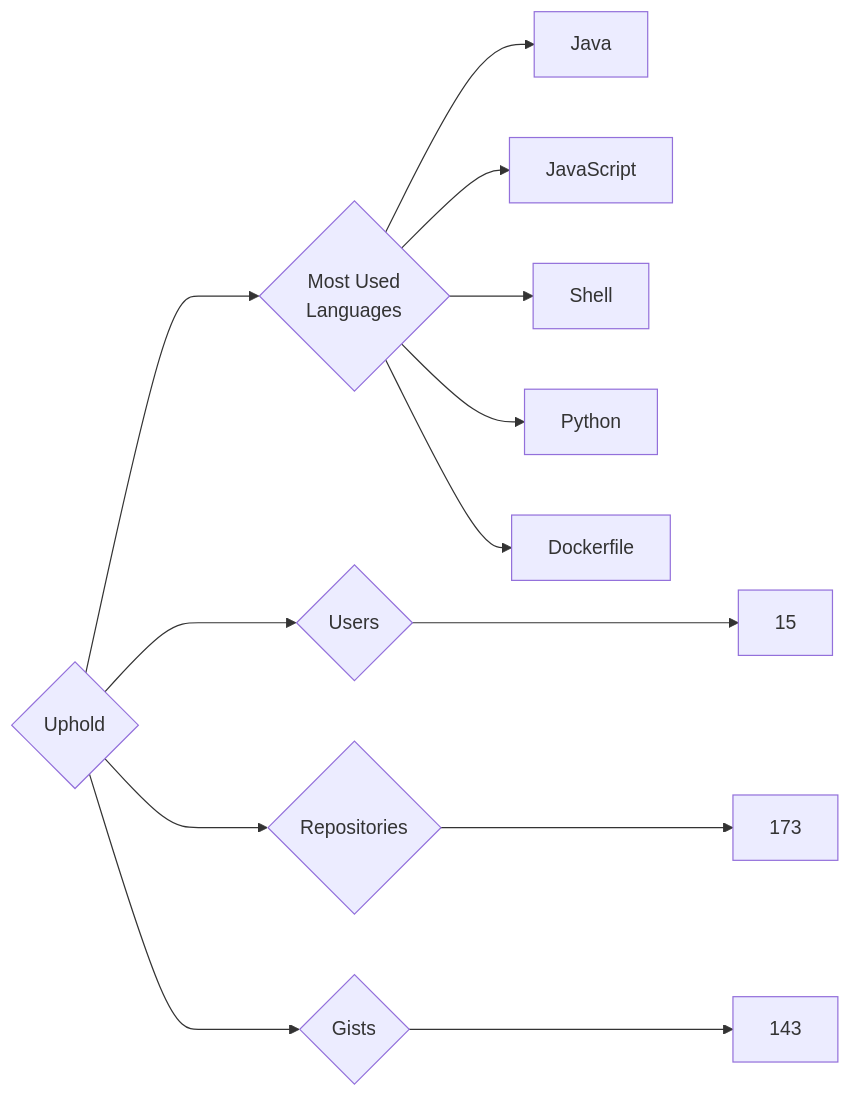
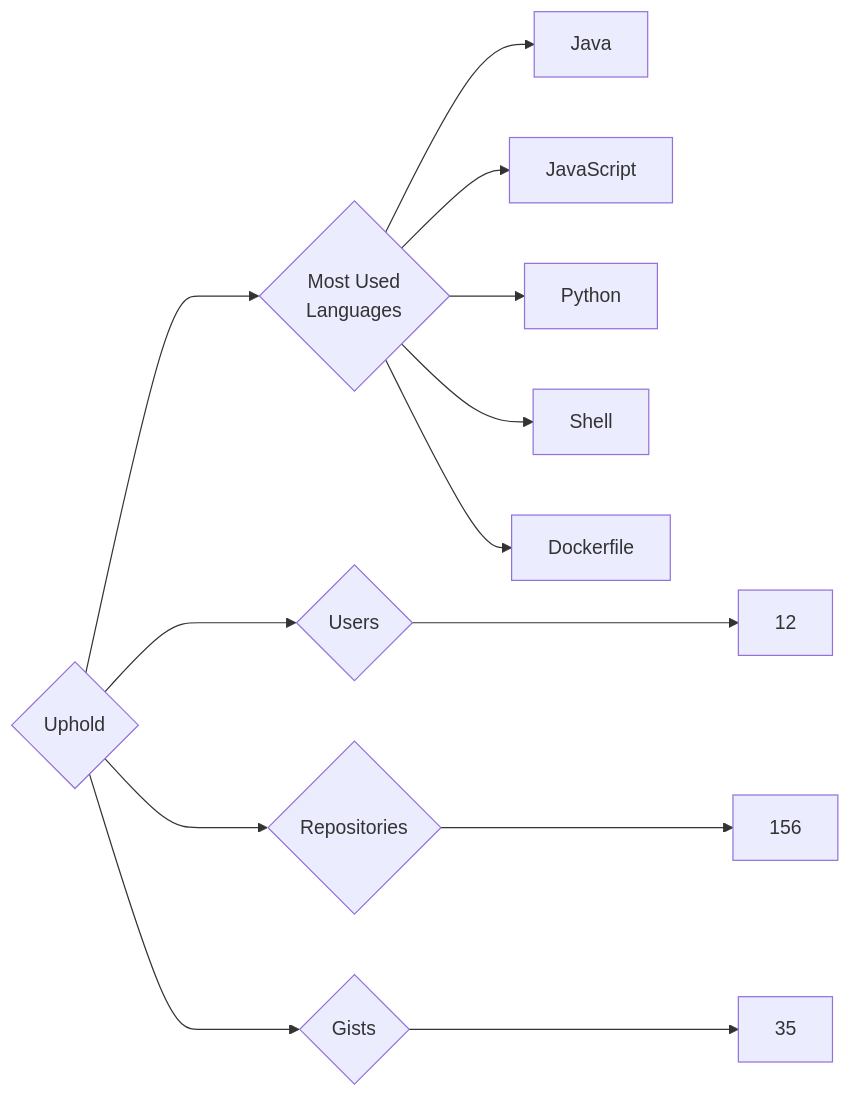
One commit to trickest/insiders changed the diagram in targets/Uphold/README.md. Above: the diagram before and after it, drawn with Mermaid. The commit also changed 898 other files, not shown here.

````diff
--- a/targets/Uphold/README.md
+++ b/targets/Uphold/README.md
@@ -3,13 +3,13 @@
 ```mermaid
 graph LR
 COMPANY_NAME{Uphold}
-COMPANY_NAME ---> U{Users} ---> UN[15]
-COMPANY_NAME ---> R{Repositories} ---> RN[173]
-COMPANY_NAME ---> G{Gists} ---> GN[143]
+COMPANY_NAME ---> U{Users} ---> UN[12]
+COMPANY_NAME ---> R{Repositories} ---> RN[156]
+COMPANY_NAME ---> G{Gists} ---> GN[35]
 COMPANY_NAME ---> ML{Most Used<br>Languages}
 ML --> Java[Java]
 ML --> JavaScript[JavaScript]
+ML --> Python[Python]
 ML --> Shell[Shell]
-ML --> Python[Python]
 ML --> Dockerfile[Dockerfile]
 ```
````
